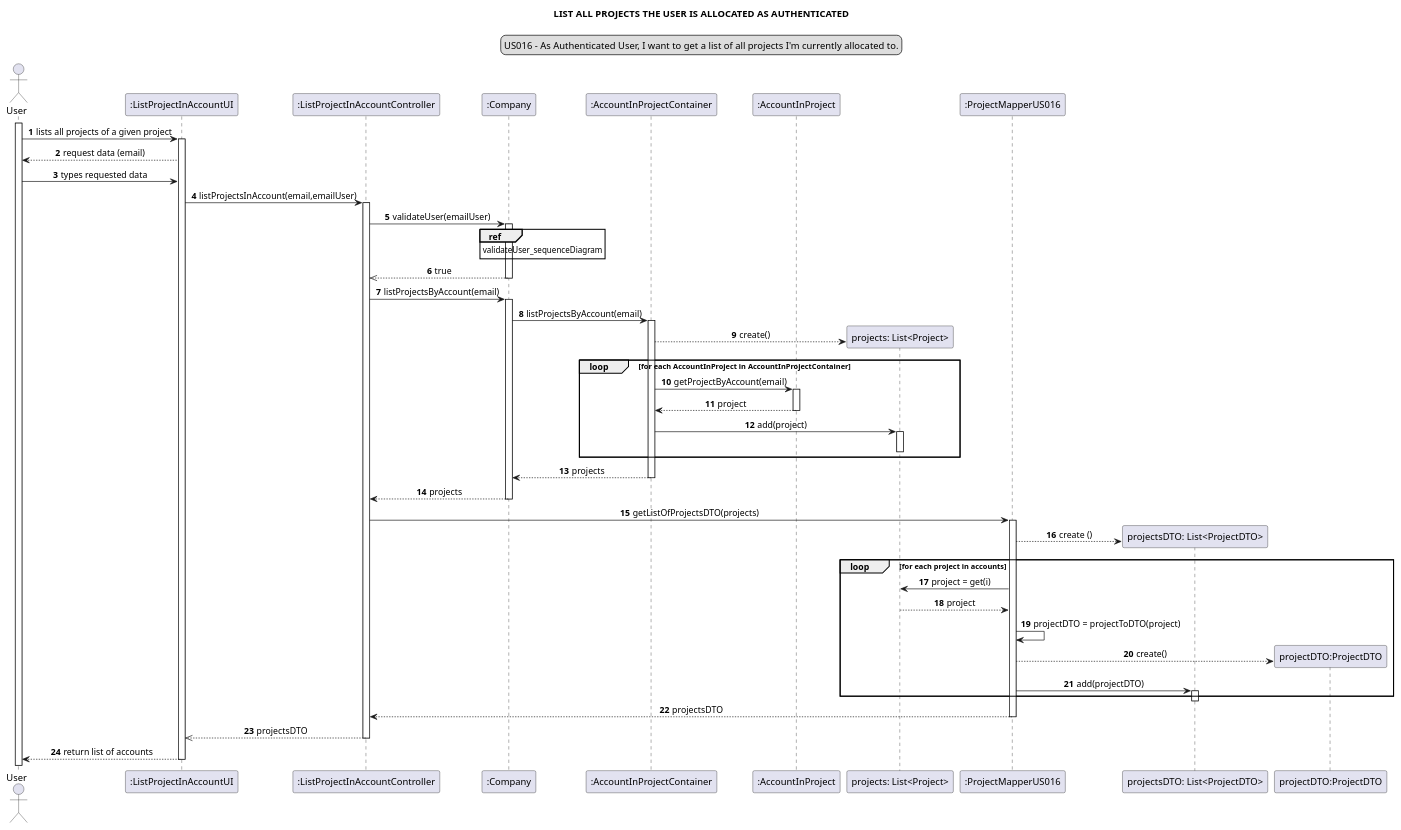
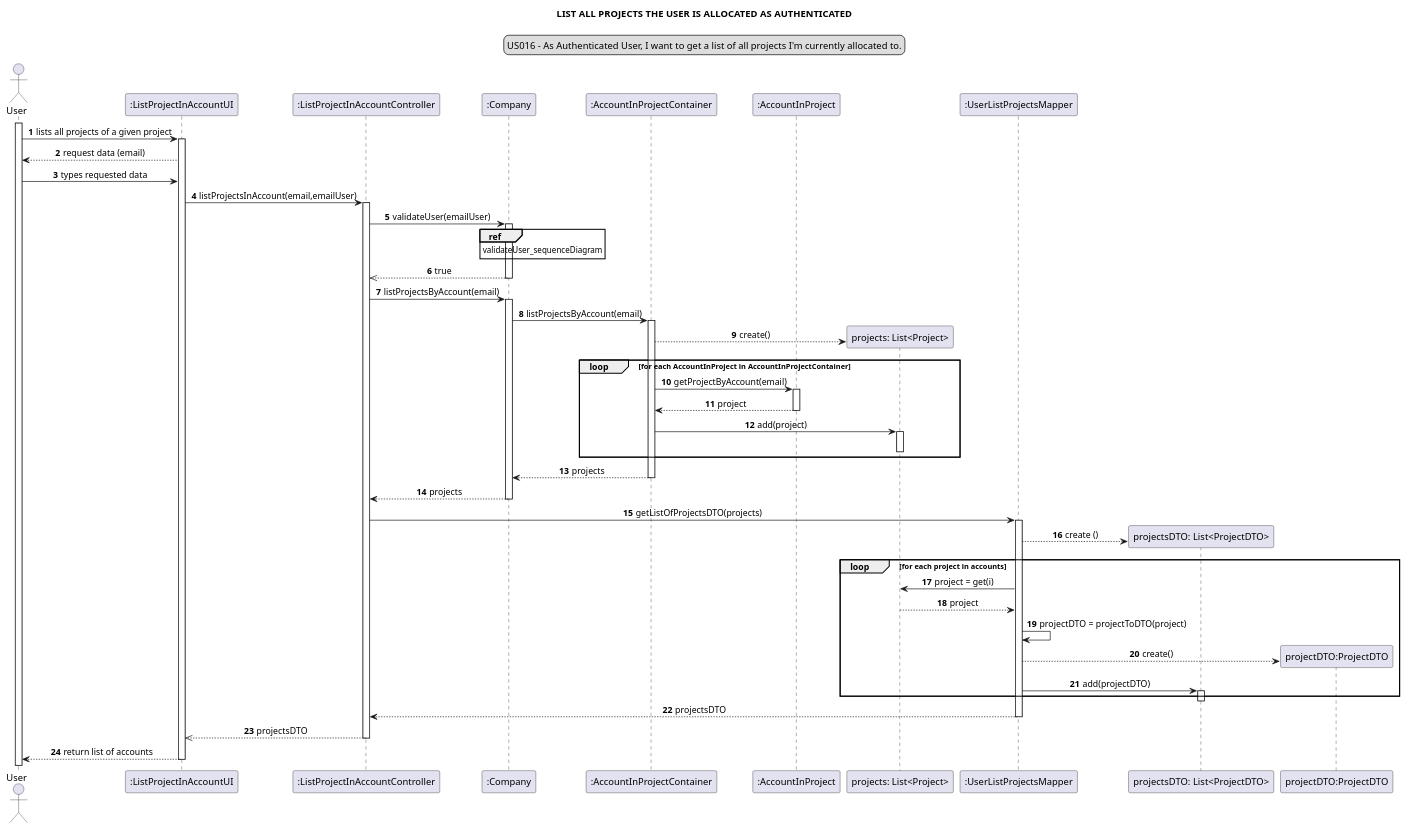
The diagram in docs/modelling_design/user_stories/sprint02/us016/US016_sequenceDiagram.puml (Loracline/project_switch_22-23), drawn with PlantUML before and after one commit. The commit also changed 7 other files, not shown here.

Commit message:
US016:Design: Class Diagram and Sequence Diagram Refinement;Change DTO and Mapper class names

```diff
--- a/docs/modelling_design/user_stories/sprint02/us016/US016_sequenceDiagram.puml
+++ b/docs/modelling_design/user_stories/sprint02/us016/US016_sequenceDiagram.puml
@@ -1,69 +1,69 @@
 @startuml
 skinparam sequenceMessageAlign center
 title LIST ALL PROJECTS THE USER IS ALLOCATED AS AUTHENTICATED
 legend top
 US016 - As Authenticated User, I want to get a list of all projects I'm currently allocated to.
 end legend
 autonumber
 actor User
 participant ":ListProjectInAccountUI" as ui
 participant ":ListProjectInAccountController" as controller
 participant ":Company" as company
 participant ":AccountInProjectContainer" as aipc
 participant ":AccountInProject" as aip
 participant "projects: List<Project>" as list
-participant ":ProjectMapperUS016" as pm
+participant ":UserListProjectsMapper" as pm
 participant "projectsDTO: List<ProjectDTO>" as listDTO
 participant "projectDTO:ProjectDTO" as DTO
 activate User
 User -> ui: lists all projects of a given project
 activate ui
 ui --> User: request data (email)
 User -> ui: types requested data
 ui -> controller: listProjectsInAccount(email,emailUser)
 activate controller
 controller -> company: validateUser(emailUser)
 activate company
 ref over company: validateUser_sequenceDiagram
 company -->> controller: true
 deactivate company
 controller -> company: listProjectsByAccount(email)
 activate company
 company -> aipc: listProjectsByAccount(email)
 activate aipc
 create list
 aipc --> list :create()
 loop for each AccountInProject in AccountInProjectContainer
 aipc -> aip : getProjectByAccount(email)
 activate aip
 aip --> aipc : project
 deactivate aip
 aipc -> list : add(project)
 activate list
 deactivate list
 end loop
 aipc --> company : projects
 deactivate aipc
 company --> controller: projects
 deactivate company
 controller -> pm: getListOfProjectsDTO(projects)
 activate pm
 create listDTO
 pm --> listDTO: create ()
 loop for each project in accounts
 pm -> list: project = get(i)
 list --> pm: project
 pm -> pm: projectDTO = projectToDTO(project)
 create DTO
 pm --> DTO : create()
 pm ->listDTO :add(projectDTO)
 activate listDTO
 end loop
 deactivate listDTO
 pm --> controller :projectsDTO
 deactivate pm
 controller -->> ui: projectsDTO
 deactivate controller
 ui --> User: return list of accounts
 deactivate ui
 @enduml
```
